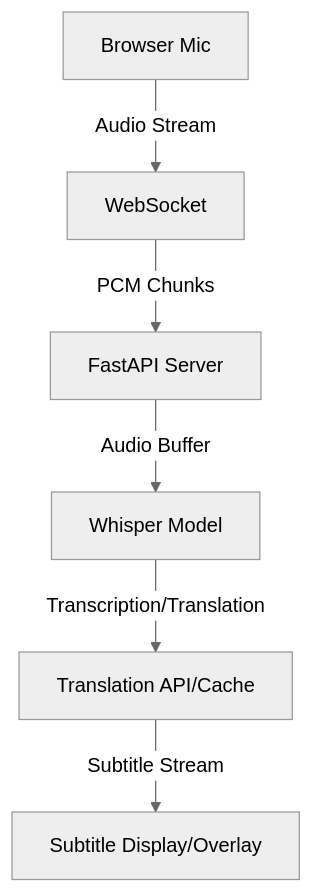
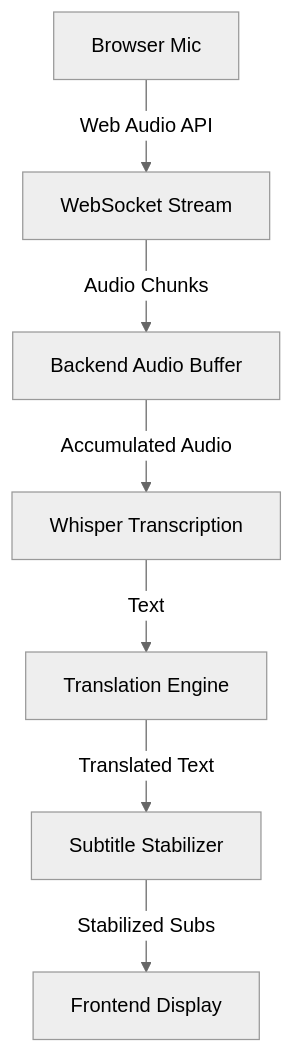
Before and after one commit to avy2025/LiveTranslateSubs: the diagram in README.md, drawn with Mermaid (neutral theme). The commit also changed other lines of this file and 5 other files, not shown here.

````diff
--- a/README.md
+++ b/README.md
@@ -12,8 +15,9 @@
 ```mermaid
 graph TD
-    A[Browser Mic] -->|Audio Stream| B[WebSocket]
-    B -->|PCM Chunks| C[FastAPI Server]
-    C -->|Audio Buffer| D[Whisper Model]
-    D -->|Transcription/Translation| E[Translation API/Cache]
-    E -->|Subtitle Stream| F[Subtitle Display/Overlay]
+    A[Browser Mic] -->|Web Audio API| B[WebSocket Stream]
+    B -->|Audio Chunks| C[Backend Audio Buffer]
+    C -->|Accumulated Audio| D[Whisper Transcription]
+    D -->|Text| E[Translation Engine]
+    E -->|Translated Text| F[Subtitle Stabilizer]
+    F -->|Stabilized Subs| G[Frontend Display]
 ```
````
